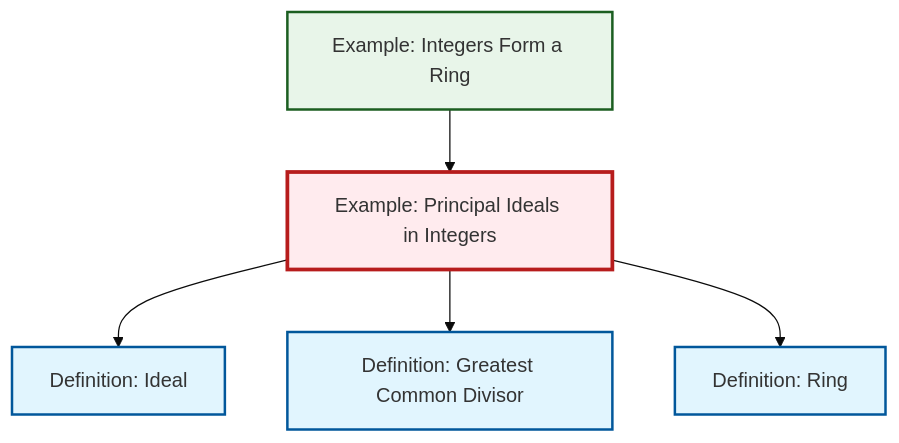
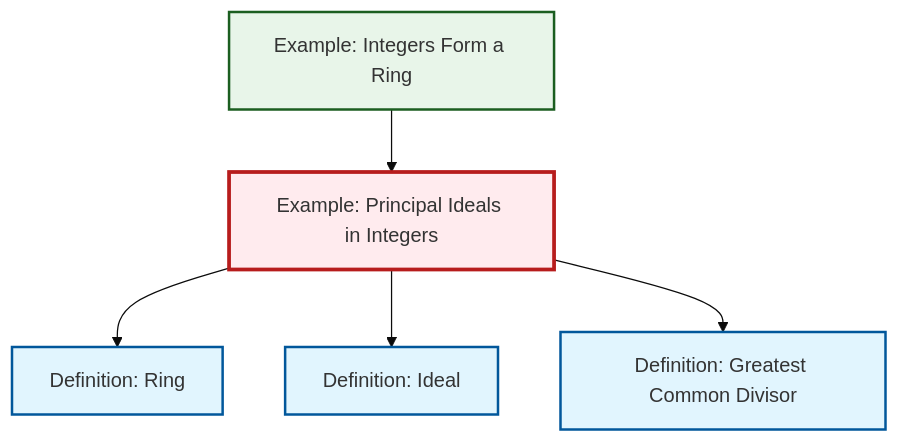
Before and after one commit to RK0429/ModernMath: the diagram in content/ja/algebra/ex-principal-ideal.qmd, drawn with Mermaid (base theme). The commit also changed other lines of this file and 531 other files, not shown here.

````diff
--- a/content/ja/algebra/ex-principal-ideal.qmd
+++ b/content/ja/algebra/ex-principal-ideal.qmd
@@ -64,23 +64,23 @@
 ```{mermaid}
 %%| fig-cap: "Local dependency graph"
 graph TD
     classDef definition fill:#e1f5fe,stroke:#01579b,stroke-width:2px
     classDef theorem fill:#f3e5f5,stroke:#4a148c,stroke-width:2px
     classDef axiom fill:#fff3e0,stroke:#e65100,stroke-width:2px
     classDef example fill:#e8f5e9,stroke:#1b5e20,stroke-width:2px
     classDef current fill:#ffebee,stroke:#b71c1c,stroke-width:3px
+    def-ideal["Definition: Ideal"]:::definition
     def-gcd["Definition: Greatest Common Divisor"]:::definition
-    def-ideal["Definition: Ideal"]:::definition
+    ex-integers-ring["Example: Integers Form a Ring"]:::example
+    def-ring["Definition: Ring"]:::definition
     ex-principal-ideal["Example: Principal Ideals in Integers"]:::example
-    def-ring["Definition: Ring"]:::definition
-    ex-integers-ring["Example: Integers Form a Ring"]:::example
+    ex-integers-ring --> ex-principal-ideal
+    ex-principal-ideal --> def-ring
     ex-principal-ideal --> def-ideal
-    ex-integers-ring --> ex-principal-ideal
     ex-principal-ideal --> def-gcd
-    ex-principal-ideal --> def-ring
     class ex-principal-ideal current
+    click def-ideal "def-ideal.html" "Definition: Idealへ"
     click def-gcd "def-gcd.html" "Definition: Greatest Common Divisorへ"
-    click def-ideal "def-ideal.html" "Definition: Idealへ"
+    click ex-integers-ring "ex-integers-ring.html" "Example: Integers Form a Ringへ"
     click def-ring "def-ring.html" "Definition: Ringへ"
-    click ex-integers-ring "ex-integers-ring.html" "Example: Integers Form a Ringへ"
 ```
````
